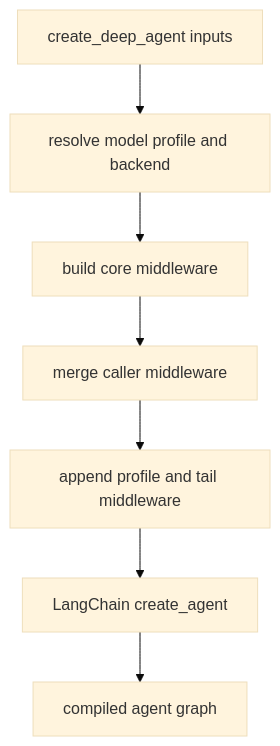
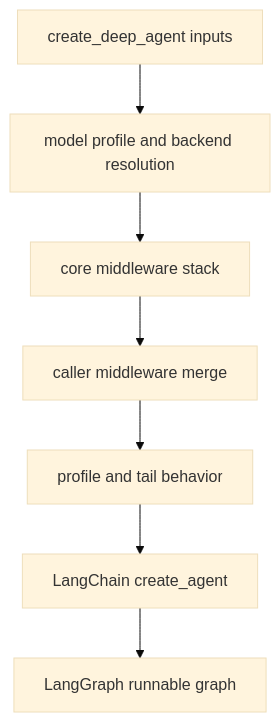
One commit to langchain-ai/deepagents changed the second of 3 diagrams in openwiki/architecture/source-map.md. Above: the diagram before and after it, drawn with Mermaid (base theme). The commit also changed other lines of this file and 67 other files, not shown here.

````diff
--- a/openwiki/architecture/source-map.md
+++ b/openwiki/architecture/source-map.md
@@ -51,9 +84,9 @@
 ```mermaid
 flowchart TD
-  Input["create_deep_agent inputs"] --> Resolve["resolve model profile and backend"]
-  Resolve --> Base["build core middleware"]
-  Base --> Custom["merge caller middleware"]
-  Custom --> Tail["append profile and tail middleware"]
-  Tail --> Agent["LangChain create_agent"]
-  Agent --> Graph["compiled agent graph"]
+  Request["create_deep_agent inputs"] --> Resolve["model profile and backend resolution"]
+  Resolve --> Stack["core middleware stack"]
+  Stack --> Merge["caller middleware merge"]
+  Merge --> Tail["profile and tail behavior"]
+  Tail --> Build["LangChain create_agent"]
+  Build --> Graph["LangGraph runnable graph"]
 ```
````
